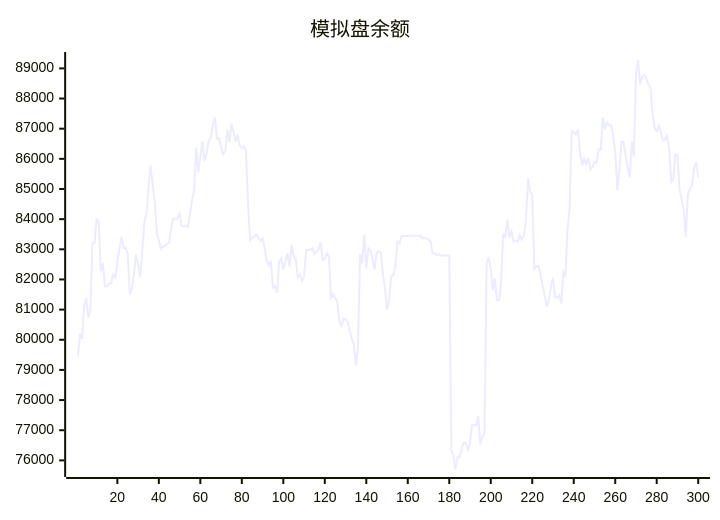
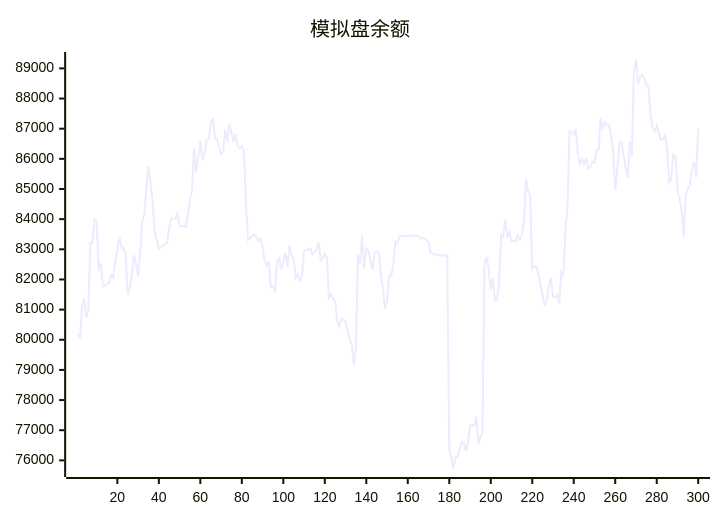
Before and after one commit to aahl/ai-trading: the diagram in README.md, drawn with Mermaid. The commit also changed other lines of this file and 1 other file, not shown here.

````diff
--- a/README.md
+++ b/README.md
@@ -5,5 +5,5 @@
 ```mermaid
 xychart
     title "模拟盘余额"
-    line [79442,80198,80031,81120,81379,80718,80985,83214,83212,83993,83921,82270,82547,81776,81776,81866,81866,82158,82061,82596,83000,83408,83041,83050,82858,81503,81691,82188,82812,82517,82092,82901,83898,84180,85030,85781,85178,84604,83569,83298,83008,83093,83107,83175,83228,83729,84025,84017,84019,84177,83775,83762,83785,83738,84160,84639,84939,86370,85548,86046,86599,85942,86161,86622,86664,87115,87369,86666,86685,86384,86152,86243,86969,86548,87164,86885,86566,86809,86427,86348,86417,86273,84538,83299,83369,83430,83490,83404,83270,83362,83056,82605,82459,82614,81734,81788,81551,82598,82702,82320,82580,82878,82426,83139,82778,82686,82056,82166,81963,82110,82951,82983,82984,83038,82838,82915,82998,83235,82642,82682,82858,82746,81396,81512,81362,81277,80600,80461,80699,80673,80616,80288,80038,79836,79142,79722,82837,82533,83480,82366,83032,82960,82654,82330,82883,82934,82901,82188,81728,81005,81298,82110,82135,82449,83264,83203,83440,83439,83440,83440,83446,83447,83448,83447,83448,83449,83369,83369,83369,83313,83256,82872,82873,82801,82844,82785,82791,82791,82793,82794,76339,76145,75714,76110,76096,76397,76594,76585,76310,76607,77160,77170,77160,77456,76541,76774,76927,82520,82744,82337,81639,82040,81307,81314,81887,83490,83414,83984,83396,83594,83261,83287,83253,83470,83327,83465,83987,85348,84930,84786,82355,82433,82438,82167,81795,81466,81105,81315,81756,82064,81426,81398,81481,81210,82242,82099,83658,84359,86925,86892,86814,86980,86203,85802,86003,85811,86028,85657,85721,85896,85880,86300,86299,87378,86965,87214,87115,87118,86780,86238,84966,85623,86555,86562,86129,85722,85387,86569,86070,88870,89278,88477,88720,88781,88668,88467,88372,87493,87018,86917,87102,86870,86613,86644,86758,86317,85242,85334,86149,86106,84968,84671,84302,83410,84816,85001,85127,85693,85891,85384]
+    line [80198,80031,81120,81379,80718,80985,83214,83212,83993,83921,82270,82547,81776,81776,81866,81866,82158,82061,82596,83000,83408,83041,83050,82858,81503,81691,82188,82812,82517,82092,82901,83898,84180,85030,85781,85178,84604,83569,83298,83008,83093,83107,83175,83228,83729,84025,84017,84019,84177,83775,83762,83785,83738,84160,84639,84939,86370,85548,86046,86599,85942,86161,86622,86664,87115,87369,86666,86685,86384,86152,86243,86969,86548,87164,86885,86566,86809,86427,86348,86417,86273,84538,83299,83369,83430,83490,83404,83270,83362,83056,82605,82459,82614,81734,81788,81551,82598,82702,82320,82580,82878,82426,83139,82778,82686,82056,82166,81963,82110,82951,82983,82984,83038,82838,82915,82998,83235,82642,82682,82858,82746,81396,81512,81362,81277,80600,80461,80699,80673,80616,80288,80038,79836,79142,79722,82837,82533,83480,82366,83032,82960,82654,82330,82883,82934,82901,82188,81728,81005,81298,82110,82135,82449,83264,83203,83440,83439,83440,83440,83446,83447,83448,83447,83448,83449,83369,83369,83369,83313,83256,82872,82873,82801,82844,82785,82791,82791,82793,82794,76339,76145,75714,76110,76096,76397,76594,76585,76310,76607,77160,77170,77160,77456,76541,76774,76927,82520,82744,82337,81639,82040,81307,81314,81887,83490,83414,83984,83396,83594,83261,83287,83253,83470,83327,83465,83987,85348,84930,84786,82355,82433,82438,82167,81795,81466,81105,81315,81756,82064,81426,81398,81481,81210,82242,82099,83658,84359,86925,86892,86814,86980,86203,85802,86003,85811,86028,85657,85721,85896,85880,86300,86299,87378,86965,87214,87115,87118,86780,86238,84966,85623,86555,86562,86129,85722,85387,86569,86070,88870,89278,88477,88720,88781,88668,88467,88372,87493,87018,86917,87102,86870,86613,86644,86758,86317,85242,85334,86149,86106,84968,84671,84302,83410,84816,85001,85127,85693,85891,85384,87001]
 ```
````
